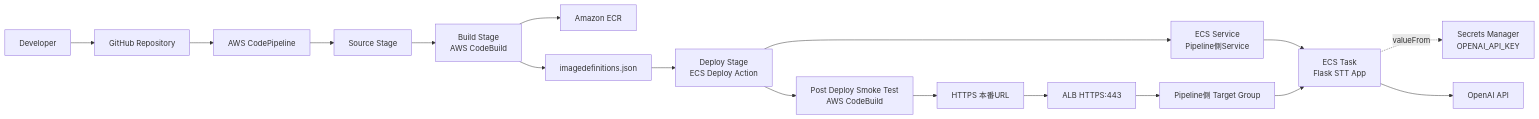
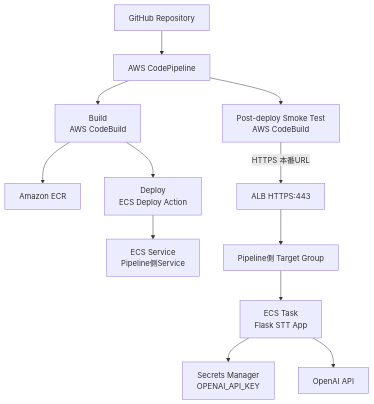
The fourth of 4 diagrams in projects/stt-ecs-cicd-migration/architecture.md (qp-git/engineer-portfolio), drawn with Mermaid before and after one commit. The commit also changed other lines of this file, not shown here.

Commit message:
docs: simplify STT ECS migration architecture diagrams

````diff
--- a/projects/stt-ecs-cicd-migration/architecture.md
+++ b/projects/stt-ecs-cicd-migration/architecture.md
@@ -91,23 +79,15 @@
 ```mermaid
-flowchart LR
-    Dev[Developer] --> GitHub[GitHub Repository]
-    GitHub --> Pipeline[AWS CodePipeline]
+flowchart TB
+    GitHub[GitHub Repository] --> Pipeline[AWS CodePipeline]
+    Pipeline --> Build[Build<br>AWS CodeBuild]
+    Build --> ECR[Amazon ECR]
+    Build --> Deploy[Deploy<br>ECS Deploy Action]
+    Deploy --> PipelineSvc[ECS Service<br>Pipeline側Service]
 
-    Pipeline --> Source[Source Stage]
-    Source --> Build[Build Stage<br>AWS CodeBuild]
-    Build --> ECR[Amazon ECR]
-    Build --> ImageDef[imagedefinitions.json]
-
-    ImageDef --> Deploy[Deploy Stage<br>ECS Deploy Action]
-    Deploy --> ECS[ECS Service<br>Pipeline側Service]
-    ECS --> Task[ECS Task<br>Flask STT App]
-
-    Task -. valueFrom .-> Secrets[Secrets Manager<br>OPENAI_API_KEY]
+    Pipeline --> Smoke[Post-deploy Smoke Test<br>AWS CodeBuild]
+    Smoke -->|HTTPS 本番URL| ALB[ALB HTTPS:443]
+    ALB --> PipelineTG[Pipeline側 Target Group]
+    PipelineTG --> Task[ECS Task<br>Flask STT App]
+    Task --> Secrets[Secrets Manager<br>OPENAI_API_KEY]
     Task --> OpenAI[OpenAI API]
-
-    Deploy --> Smoke[Post Deploy Smoke Test<br>AWS CodeBuild]
-    Smoke --> ProdURL[HTTPS 本番URL]
-    ProdURL --> ALB[ALB HTTPS:443]
-    ALB --> TG[Pipeline側 Target Group]
-    TG --> Task
 ```
````
